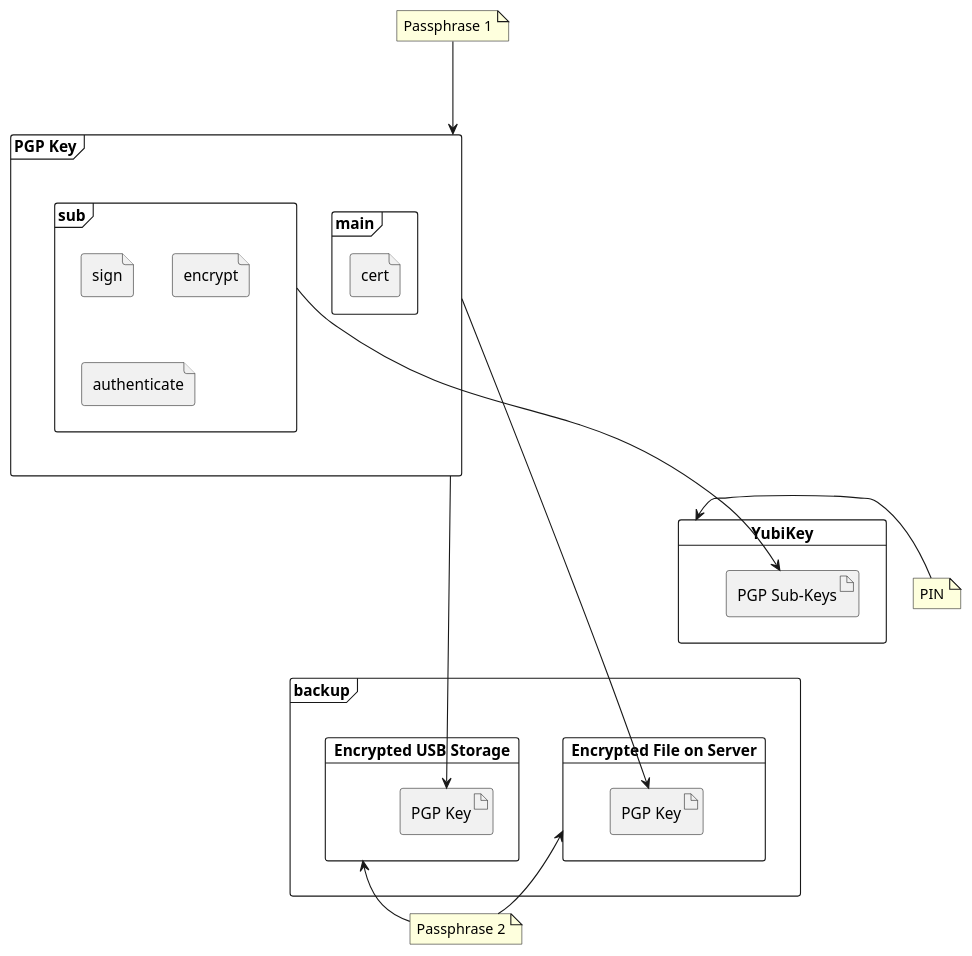
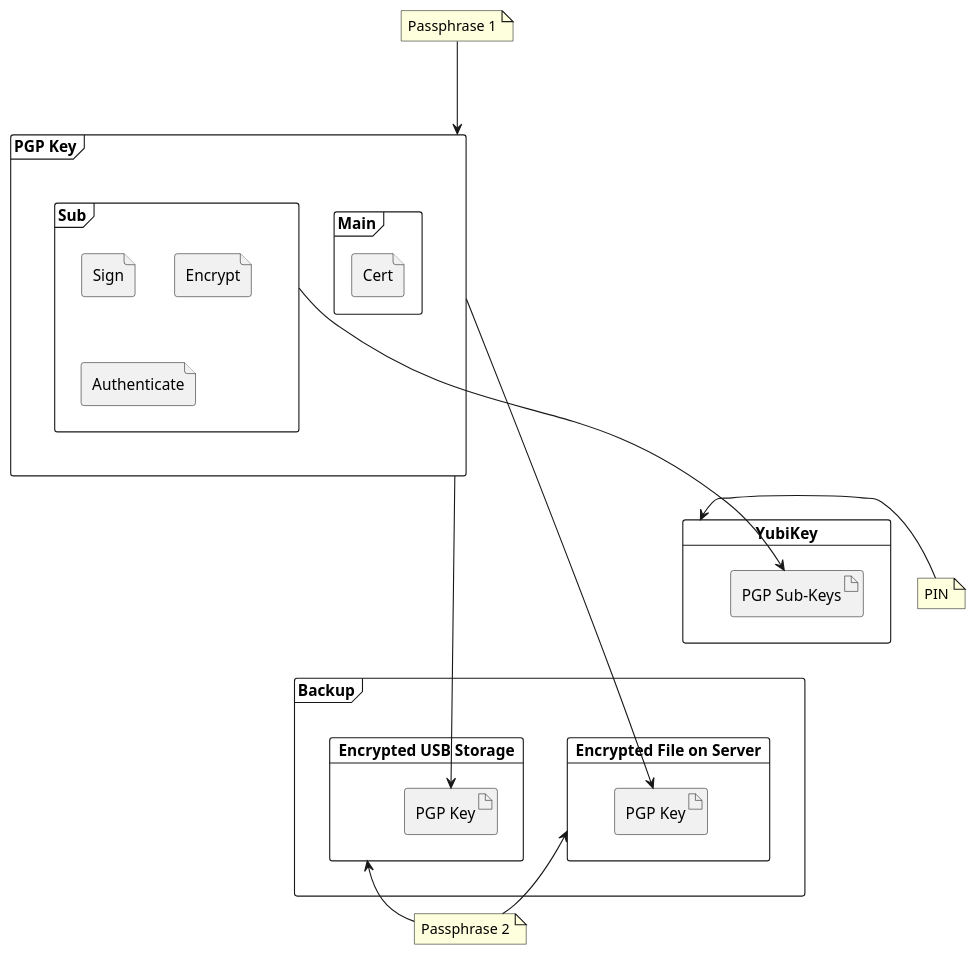
Before and after one commit to ccdMuro/WikiHerbig: the diagram in digital_privacy/pgp.md, drawn with PlantUML. The commit also changed other lines of this file, not shown here.

Commit message:
docs: update digital_privacy/pgp

````diff
--- a/digital_privacy/pgp.md
+++ b/digital_privacy/pgp.md
@@ -20,43 +35,43 @@
 ```plantuml
 @startuml
 
 frame "PGP Key" as pgpkey {
-	frame main {
-  	file cert
+	frame Main {
+  	file Cert
   }
   
-  frame sub as pgpsubkeys {
-    file sign
-    file encrypt
-    file authenticate
+  frame Sub as pgpsubkeys {
+    file Sign
+    file Encrypt
+    file Authenticate
   }
 }
 
 card YubiKey as yubikey {
    artifact "PGP Sub-Keys" as pgpsubkeys_on_yubikey
 }
 
-frame backup as backup {
+frame Backup as backup {
 card "Encrypted USB Storage" as usb {
   artifact "PGP Key" as pgpkey_on_usb
 }
 
 card "Encrypted File on Server" as server {
 	artifact "PGP Key" as pgpkey_on_server
 }
 }
 
 note "Passphrase 1" as pgppassphrase
 note "Passphrase 2" as backuppassphrase
 note "PIN" as yubikeypin
 
 pgppassphrase --d-> pgpkey
 yubikeypin -l-> yubikey
 backuppassphrase -u-> usb
 backuppassphrase -u-> server
 pgpsubkeys ---> pgpsubkeys_on_yubikey
 pgpkey ----> pgpkey_on_usb
 pgpkey ----> pgpkey_on_server
 
 @enduml
 ```
````
